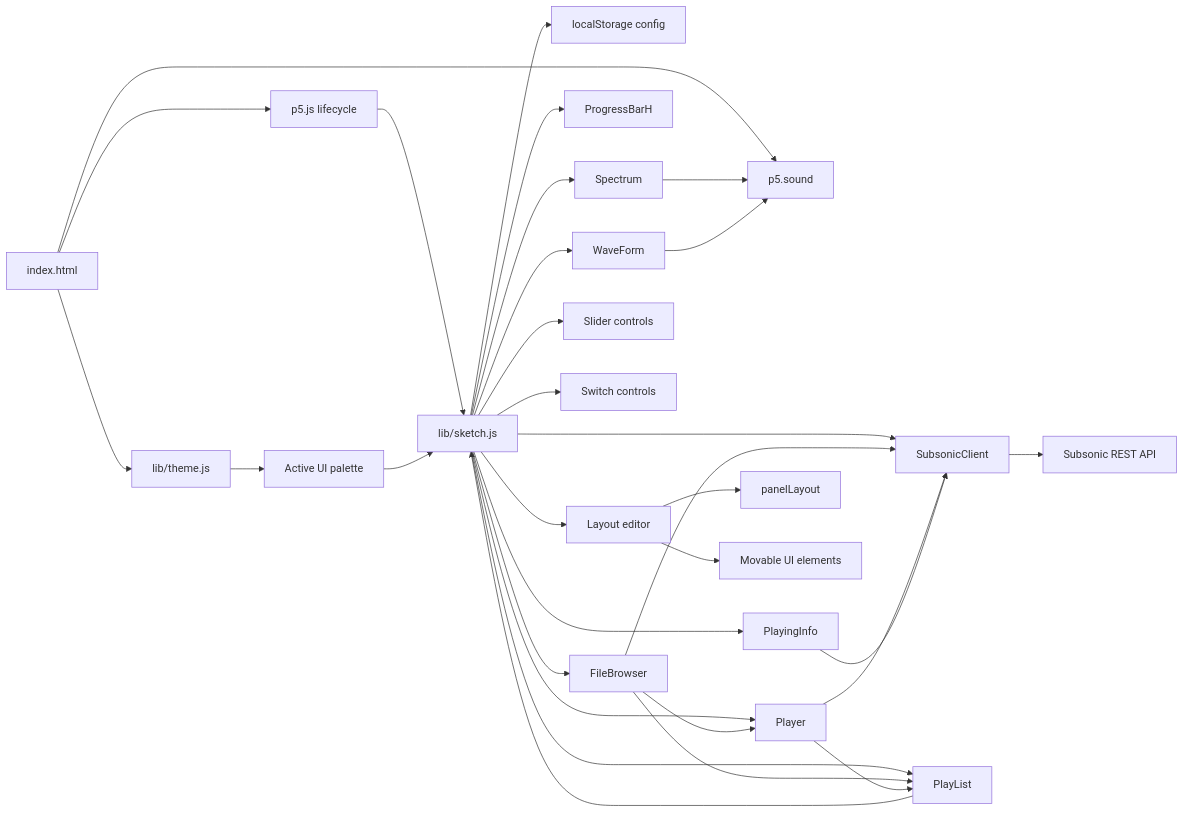
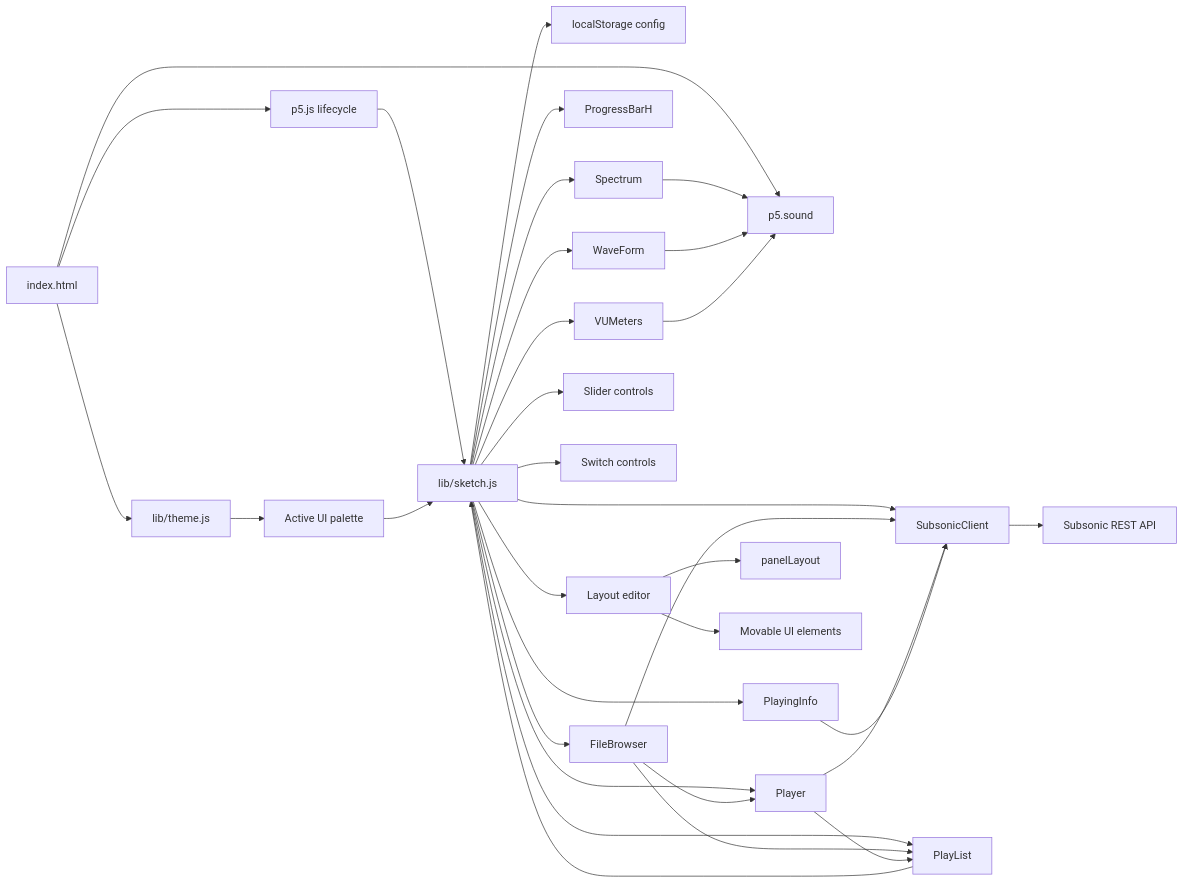
Before and after one commit to Leorivasc/neon_deck: the first of 11 diagrams in doc/diagrams.md, drawn with Mermaid. The commit also changed other lines of this file and 2 other files, not shown here.

````diff
--- a/doc/diagrams.md
+++ b/doc/diagrams.md
@@ -7,35 +7,37 @@
 ```mermaid
 flowchart LR
     HTML[index.html] --> P5[p5.js lifecycle]
     HTML --> Sound[p5.sound]
     HTML --> Theme[lib/theme.js]
     P5 --> Sketch[lib/sketch.js]
 
     Theme --> UI[Active UI palette]
     UI --> Sketch
     Sketch --> Config[localStorage config]
     Sketch --> Client[SubsonicClient]
     Sketch --> Browser[FileBrowser]
     Sketch --> Queue[PlayList]
     Sketch --> Info[PlayingInfo]
     Sketch --> Progress[ProgressBarH]
     Sketch --> Spectrum[Spectrum]
     Sketch --> Waveform[WaveForm]
+    Sketch --> VUMeters[VUMeters]
     Sketch --> Sliders[Slider controls]
     Sketch --> Switches[Switch controls]
     Sketch --> Layout[Layout editor]
     Sketch --> Player[Player]
 
     Client --> Server[Subsonic REST API]
     Browser --> Client
     Browser --> Queue
     Browser --> Player
     Player --> Queue
     Player --> Client
     Queue --> Sketch
     Info --> Client
     Spectrum --> Sound
     Waveform --> Sound
+    VUMeters --> Sound
     Layout --> Panels[panelLayout]
     Layout --> Movables[Movable UI elements]
 ```
````
